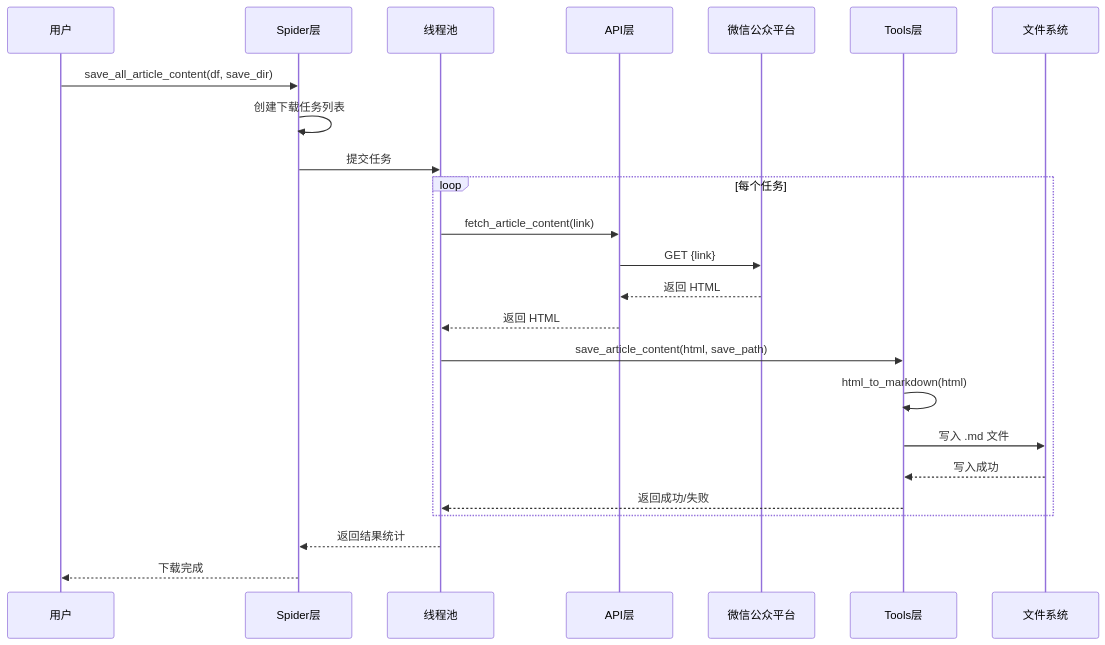
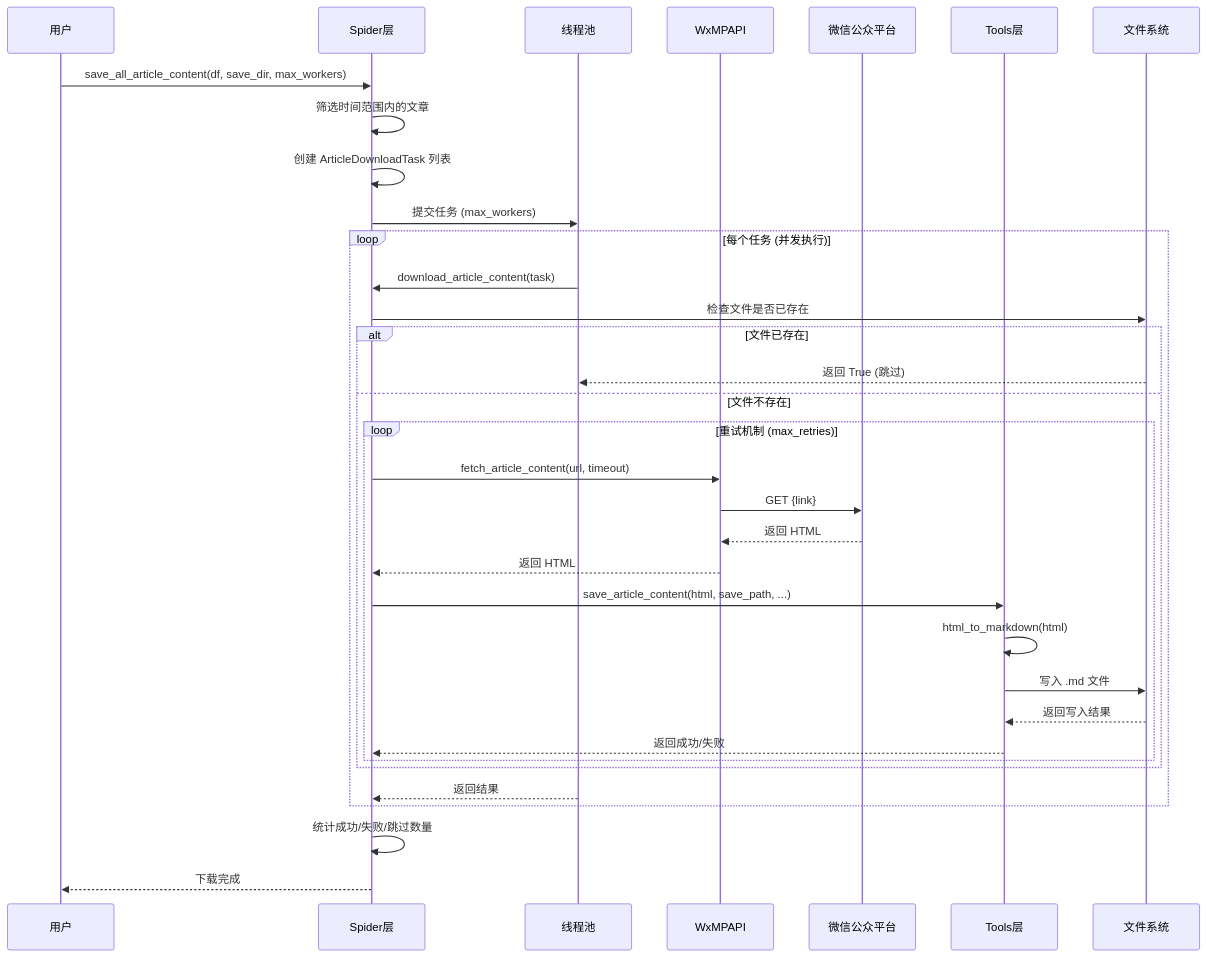
One commit to morning-start/wxmp changed the fourth of 10 diagrams in wiki/数据流动与状态管理.md. Above: the diagram before and after it, drawn with Mermaid. The commit also changed other lines of this file and 10 other files, not shown here.

````diff
--- a/wiki/数据流动与状态管理.md
+++ b/wiki/数据流动与状态管理.md
@@ -118,29 +126,41 @@
 ```mermaid
 sequenceDiagram
     participant User as 用户
     participant Spider as Spider层
     participant ThreadPool as 线程池
-    participant API as API层
+    participant API as WxMPAPI
     participant WxMP as 微信公众平台
     participant Tools as Tools层
     participant File as 文件系统
 
-    User->>Spider: save_all_article_content(df, save_dir)
-    Spider->>Spider: 创建下载任务列表
-    Spider->>ThreadPool: 提交任务
+    User->>Spider: save_all_article_content(df, save_dir, max_workers)
+    Spider->>Spider: 筛选时间范围内的文章
+    Spider->>Spider: 创建 ArticleDownloadTask 列表
+    Spider->>ThreadPool: 提交任务 (max_workers)
 
-    loop 每个任务
-        ThreadPool->>API: fetch_article_content(link)
-        API->>WxMP: GET {link}
-        WxMP-->>API: 返回 HTML
-        API-->>ThreadPool: 返回 HTML
-        ThreadPool->>Tools: save_article_content(html, save_path)
-        Tools->>Tools: html_to_markdown(html)
-        Tools->>File: 写入 .md 文件
-        File-->>Tools: 写入成功
-        Tools-->>ThreadPool: 返回成功/失败
+    loop 每个任务 (并发执行)
+        ThreadPool->>Spider: download_article_content(task)
+        Spider->>File: 检查文件是否已存在
+
+        alt 文件已存在
+            File-->>ThreadPool: 返回 True (跳过)
+        else 文件不存在
+            loop 重试机制 (max_retries)
+                Spider->>API: fetch_article_content(url, timeout)
+                API->>WxMP: GET {link}
+                WxMP-->>API: 返回 HTML
+                API-->>Spider: 返回 HTML
+                Spider->>Tools: save_article_content(html, save_path, ...)
+                Tools->>Tools: html_to_markdown(html)
+                Tools->>File: 写入 .md 文件
+                File-->>Tools: 返回写入结果
+                Tools-->>Spider: 返回成功/失败
+            end
+        end
+
+        ThreadPool-->>Spider: 返回结果
     end
 
-    ThreadPool-->>Spider: 返回结果统计
+    Spider->>Spider: 统计成功/失败/跳过数量
     Spider-->>User: 下载完成
 ```
````
